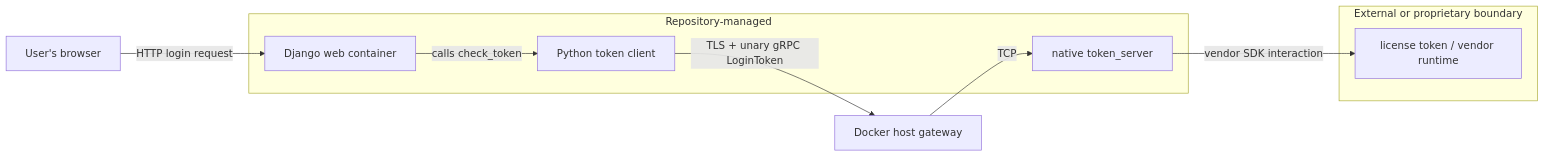
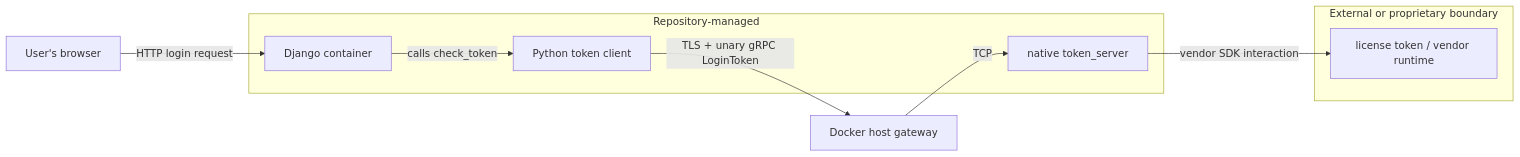
One commit to adelbordbari/adelbordbari.github.io changed the first of 8 diagrams in _code/2026-06-27-grpc.md. Above: the diagram before and after it, drawn with Mermaid. The commit also changed other lines of this file, not shown here.

````diff
--- a/_code/2026-06-27-grpc.md
+++ b/_code/2026-06-27-grpc.md
@@ -27,18 +27,18 @@
 ```mermaid
 flowchart LR
-    U[User's browser] -->|HTTP login request| W[Django web container]
+    U[User's browser] -->|HTTP login request| W[Django container]
     W -->|calls check_token| C[Python token client]
     C -->|TLS + unary gRPC LoginToken| H[Docker host gateway]
     H -->|TCP| S[native token_server]
     S -->|vendor SDK interaction| T[license token / vendor runtime]
 
     subgraph Repository-managed
         W
         C
         S
     end
 
     subgraph External or proprietary boundary
         T
     end
 ```
````
